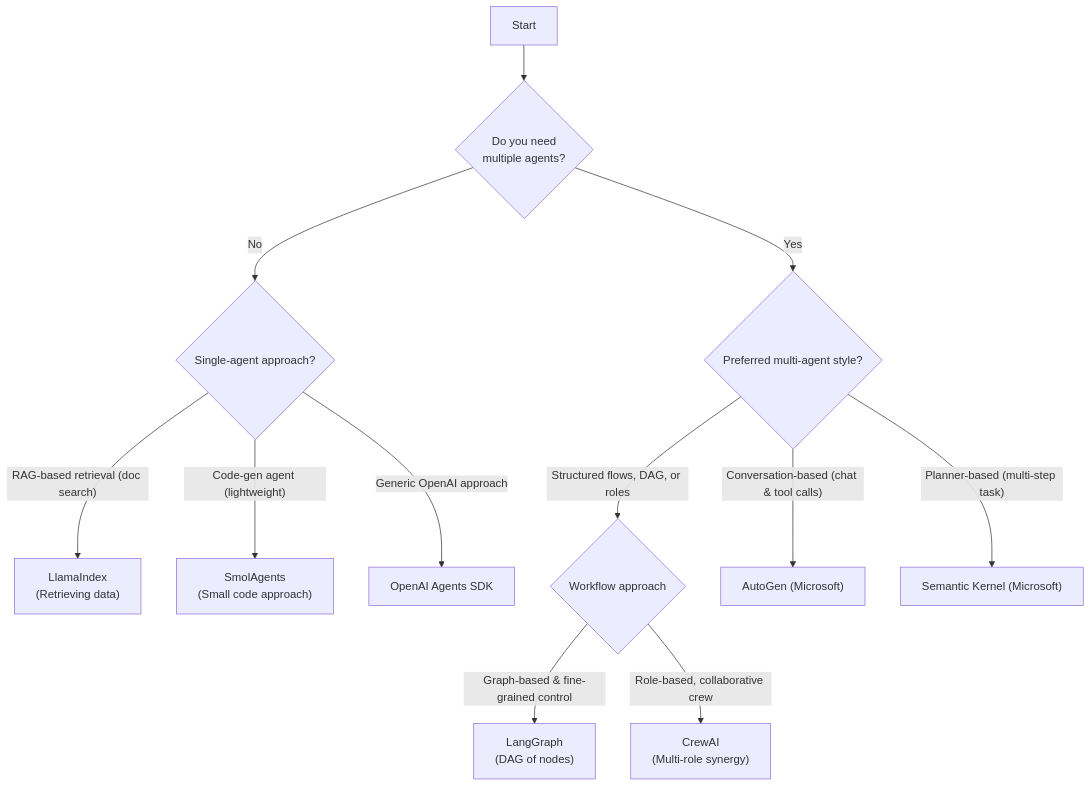
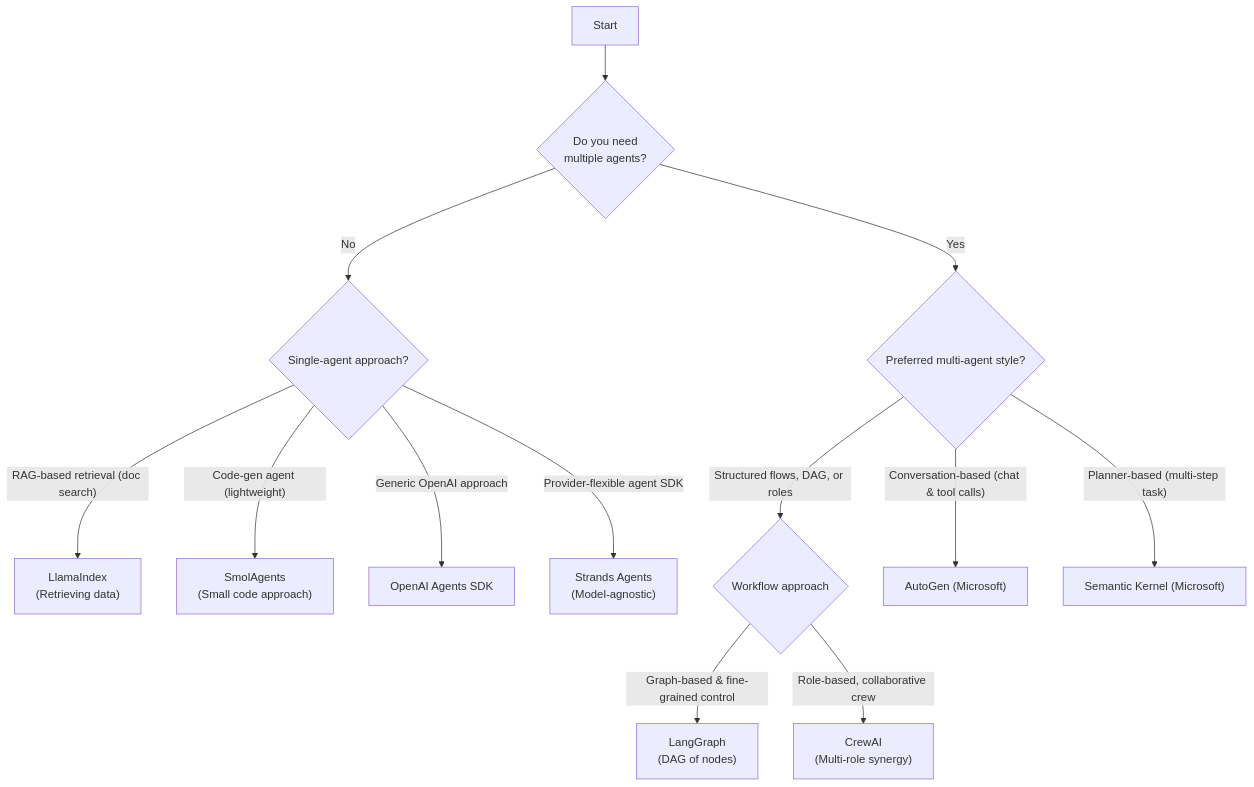
Before and after one commit to langfuse/langfuse-docs: the diagram in pages/blog/2025-03-19-ai-agent-comparison.mdx, drawn with Mermaid. The commit also changed other lines of this file, not shown here.

````diff
--- a/pages/blog/2025-03-19-ai-agent-comparison.mdx
+++ b/pages/blog/2025-03-19-ai-agent-comparison.mdx
@@ -180,20 +180,21 @@
 ```mermaid
 flowchart TD
     A[Start] --> B{"Do you need\nmultiple agents?"}
     B -->|Yes| C{"Preferred multi-agent style?"}
     B -->|No| D{"Single-agent approach?"}
 
     %% SINGLE-AGENT BRANCH
     D -->|"RAG-based retrieval (doc search)"| L["LlamaIndex\n(Retrieving data)"]
     D -->|"Code-gen agent (lightweight)"| M["SmolAgents\n(Small code approach)"]
     D -->|"Generic OpenAI approach"| N["OpenAI Agents SDK"]
+    D -->|"Provider-flexible agent SDK"| Y["Strands Agents\n(Model-agnostic)"]
 
     %% MULTI-AGENT BRANCH
     F -->|Graph-based & fine-grained control| G["LangGraph\n(DAG of nodes)"]
     F -->|Role-based, collaborative crew| H["CrewAI\n(Multi-role synergy)"]
 
     C -->|"Conversation-based (chat & tool calls)"| E["AutoGen (Microsoft)"]
     C -->|"Planner-based (multi-step task)"| X["Semantic Kernel (Microsoft)"]
     C -->|Structured flows, DAG, or roles| F{"Workflow approach"}
 
 ```
````
